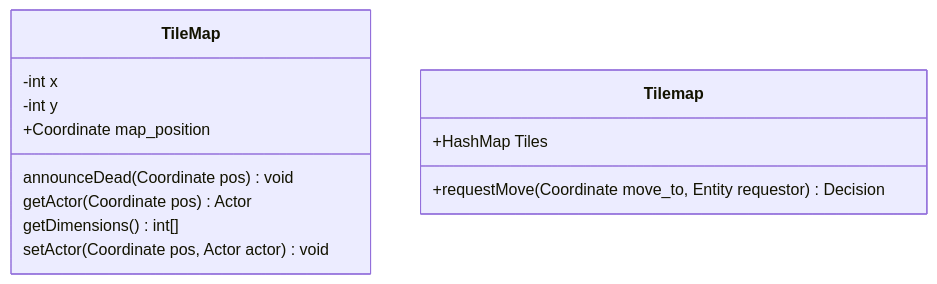
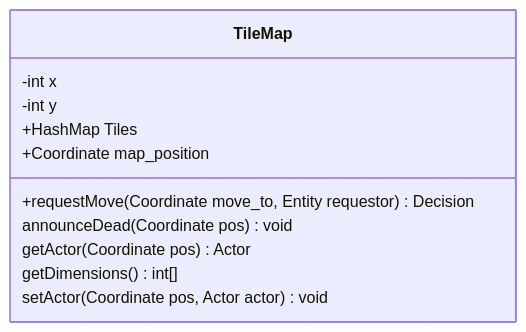
One commit to arcaniussainey/CS161-2023-DungeonCrawler changed the second of 4 diagrams in README.md. Above: the diagram before and after it, drawn with Mermaid.

````diff
--- a/README.md
+++ b/README.md
@@ -367,13 +367,13 @@
 ```mermaid
 classDiagram 
 	class TileMap
 	TileMap: -int x
 	TileMap: -int y
-	Tilemap: +HashMap Tiles
+	TileMap: +HashMap Tiles
 	TileMap: +Coordinate map_position
-	Tilemap: +requestMove(Coordinate move_to, Entity requestor) Decision
+	TileMap: +requestMove(Coordinate move_to, Entity requestor) Decision
 	TileMap: announceDead(Coordinate pos) void
 	TileMap: getActor(Coordinate pos) Actor
 	TileMap: getDimensions() int[]
 	TileMap: setActor(Coordinate pos, Actor actor) void
 ```
````
